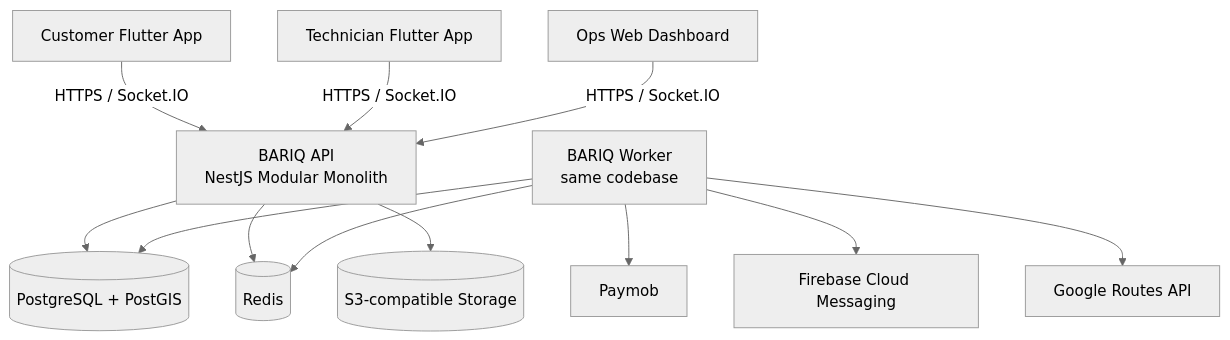
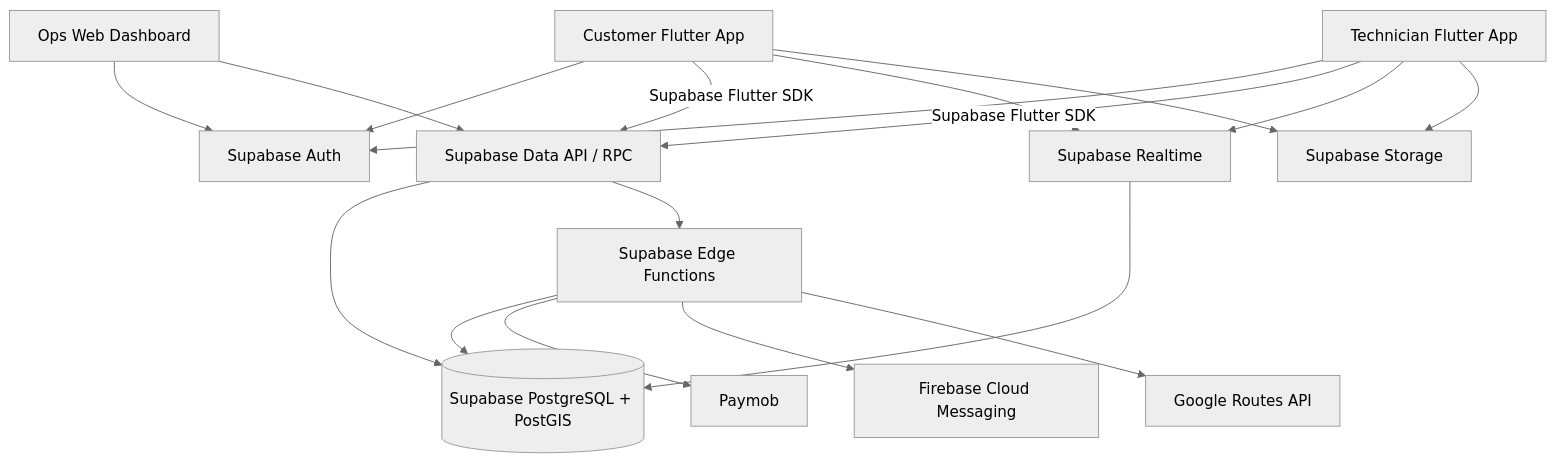
The second of 14 diagrams in docs/BARIQ-ENGINEERING-PLAN.md (YoussefShawky0/bariq), drawn with Mermaid (neutral theme) before and after one commit. The commit also changed other lines of this file and 46 other files, not shown here.

````diff
--- a/docs/BARIQ-ENGINEERING-PLAN.md
+++ b/docs/BARIQ-ENGINEERING-PLAN.md
@@ -157,26 +157,33 @@
 ```mermaid
 flowchart TB
     Customer["Customer Flutter App"]
     Technician["Technician Flutter App"]
     Ops["Ops Web Dashboard"]
-    API["BARIQ API<br/>NestJS Modular Monolith"]
-    Worker["BARIQ Worker<br/>same codebase"]
-    DB[("PostgreSQL + PostGIS")]
-    Redis[("Redis")]
-    Storage[("S3-compatible Storage")]
+    Auth["Supabase Auth"]
+    Data["Supabase Data API / RPC"]
+    Realtime["Supabase Realtime"]
+    Functions["Supabase Edge Functions"]
+    DB[("Supabase PostgreSQL + PostGIS")]
+    Storage["Supabase Storage"]
     Paymob["Paymob"]
     FCM["Firebase Cloud Messaging"]
     Routes["Google Routes API"]
 
-    Customer -->|HTTPS / Socket.IO| API
-    Technician -->|HTTPS / Socket.IO| API
-    Ops -->|HTTPS / Socket.IO| API
-    API --> DB
-    API --> Redis
-    Worker --> DB
-    Worker --> Redis
-    API --> Storage
-    Worker --> Paymob
-    Worker --> FCM
-    Worker --> Routes
+    Customer --> Auth
+    Technician --> Auth
+    Ops --> Auth
+    Customer -->|Supabase Flutter SDK| Data
+    Technician -->|Supabase Flutter SDK| Data
+    Ops --> Data
+    Customer --> Realtime
+    Technician --> Realtime
+    Data --> DB
+    Realtime --> DB
+    Customer --> Storage
+    Technician --> Storage
+    Data --> Functions
+    Functions --> DB
+    Functions --> Paymob
+    Functions --> FCM
+    Functions --> Routes
 ```
````
